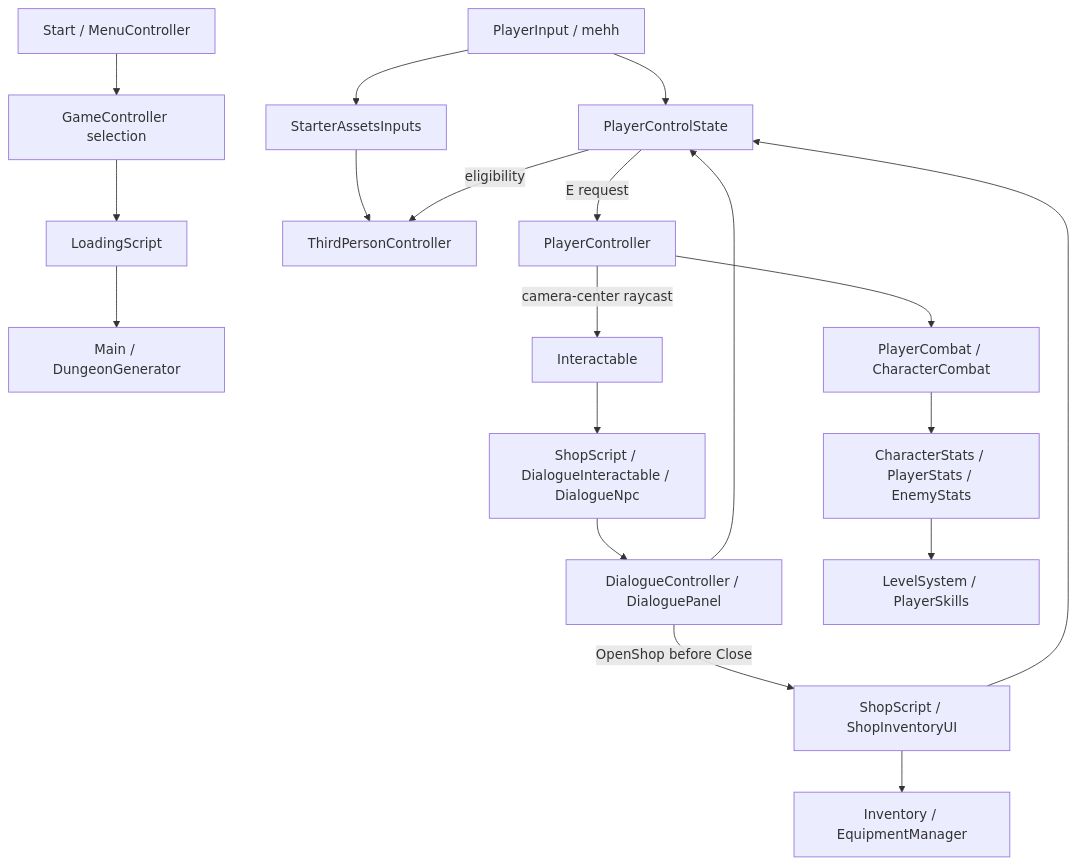
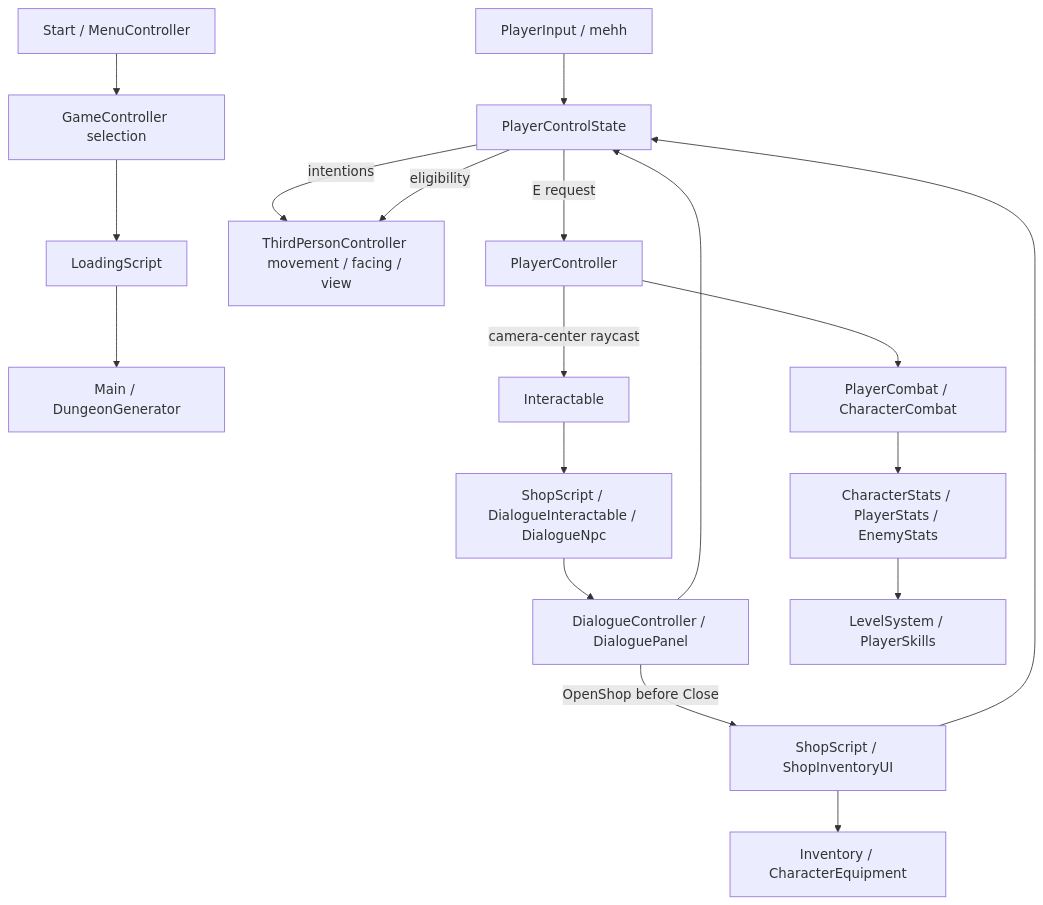
Before and after one commit to mitcha972/DungeonGame: the diagram in Assets/Plan/ARCHITECTURE.md, drawn with Mermaid. The commit also changed other lines of this file and 253 other files, not shown here.

````diff
--- a/Assets/Plan/ARCHITECTURE.md
+++ b/Assets/Plan/ARCHITECTURE.md
@@ -7,21 +7,20 @@
 ```mermaid
 flowchart TD
     Menu[Start / MenuController] --> Session[GameController selection]
     Session --> Loading[LoadingScript]
     Loading --> Dungeon[Main / DungeonGenerator]
-    Input[PlayerInput / mehh] --> Bridge[StarterAssetsInputs]
-    Input --> State[PlayerControlState]
-    Bridge --> Move[ThirdPersonController]
+    Input[PlayerInput / mehh] --> State[PlayerControlState]
+    State -->|intentions| Move[ThirdPersonController movement / facing / view]
     State -->|eligibility| Move
     State -->|E request| Actions[PlayerController]
     Actions -->|camera-center raycast| Interaction[Interactable]
     Actions --> Combat[PlayerCombat / CharacterCombat]
     Interaction --> NPC[ShopScript / DialogueInteractable / DialogueNpc]
     NPC --> Dialogue[DialogueController / DialoguePanel]
     Dialogue --> State
     Dialogue -->|OpenShop before Close| Shop[ShopScript / ShopInventoryUI]
     Shop --> State
-    Shop --> Inventory[Inventory / EquipmentManager]
+    Shop --> Inventory[Inventory / CharacterEquipment]
     Combat --> Stats[CharacterStats / PlayerStats / EnemyStats]
     Stats --> Progression[LevelSystem / PlayerSkills]
 ```
````
